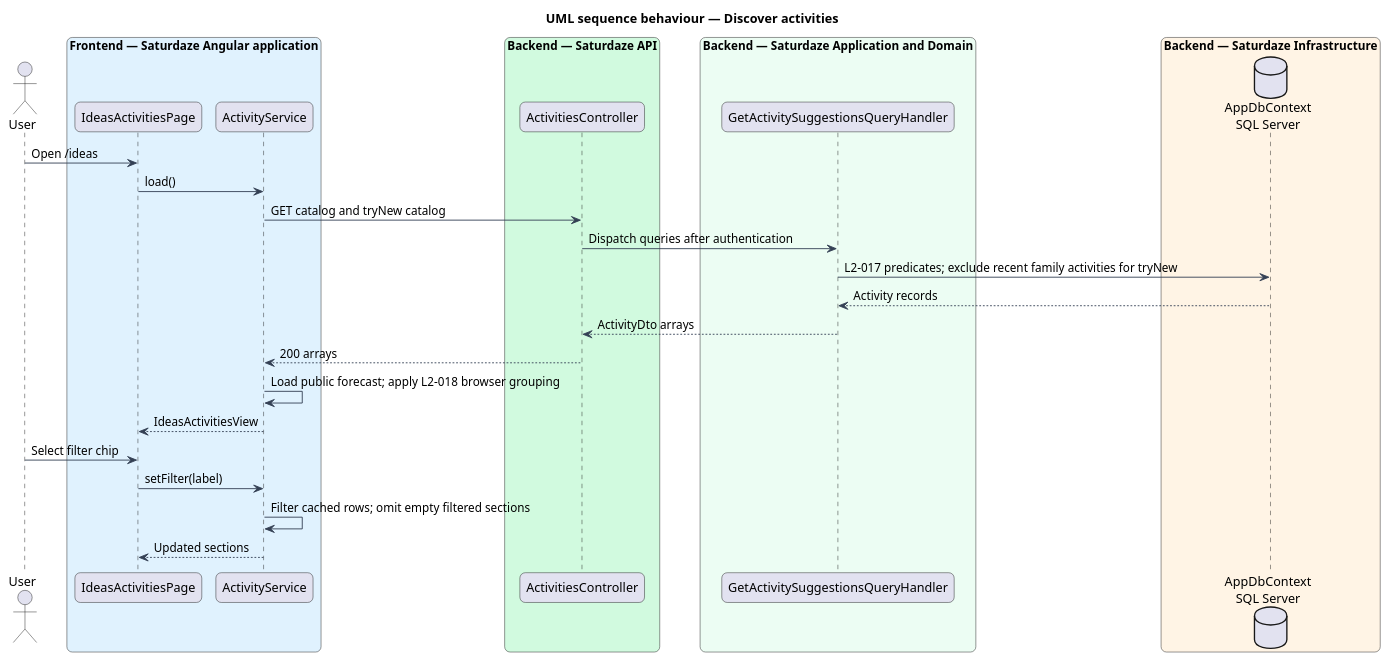
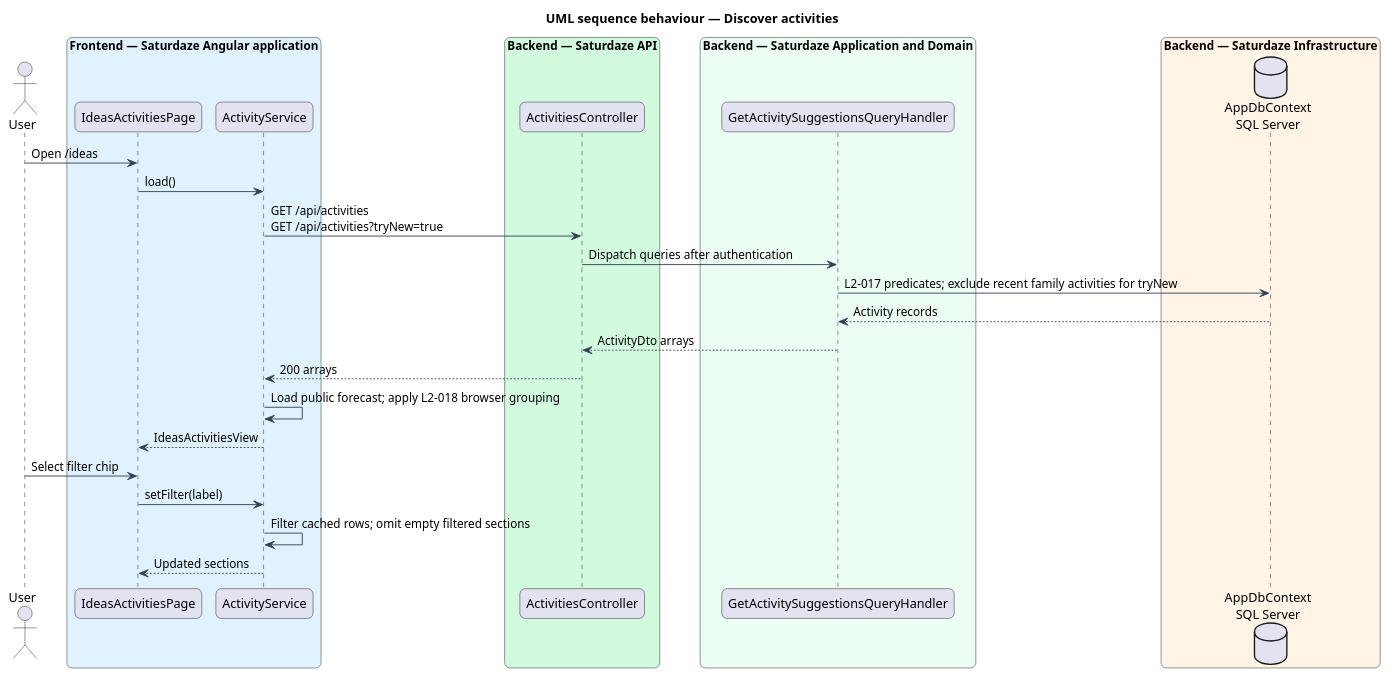
Before and after one commit to QuinntyneBrown/saturdaze: the diagram in docs/detailed-designs/discovery/discover-activities/diagrams/sequence-discover-activities.puml, drawn with PlantUML. The commit also changed 2 other files, not shown here.

Commit message:
Tighten related design diagrams

```diff
--- a/docs/detailed-designs/discovery/discover-activities/diagrams/sequence-discover-activities.puml
+++ b/docs/detailed-designs/discovery/discover-activities/diagrams/sequence-discover-activities.puml
@@ -1,36 +1,36 @@
 @startuml
 title UML sequence behaviour — Discover activities
 skinparam backgroundColor #FFFFFF
 skinparam shadowing false
 skinparam roundcorner 12
 skinparam defaultFontName Arial
 skinparam ArrowColor #344054
 actor "User" as actor
 box "Frontend — Saturdaze Angular application" #E0F2FE
  participant "IdeasActivitiesPage" as page
  participant "ActivityService" as client
 end box
 box "Backend — Saturdaze API" #D1FADF
  participant "ActivitiesController" as controller
 end box
 box "Backend — Saturdaze Application and Domain" #ECFDF3
  participant "GetActivitySuggestionsQueryHandler" as handler
 end box
 box "Backend — Saturdaze Infrastructure" #FFF4E5
  database "AppDbContext\nSQL Server" as db
 end box
 actor -> page : Open /ideas
 page -> client : load()
-client -> controller : GET catalog and tryNew catalog
+client -> controller : GET /api/activities\nGET /api/activities?tryNew=true
 controller -> handler : Dispatch queries after authentication
 handler -> db : L2-017 predicates; exclude recent family activities for tryNew
 db --> handler : Activity records
 handler --> controller : ActivityDto arrays
 controller --> client : 200 arrays
 client -> client : Load public forecast; apply L2-018 browser grouping
 client --> page : IdeasActivitiesView
 actor -> page : Select filter chip
 page -> client : setFilter(label)
 client -> client : Filter cached rows; omit empty filtered sections
 client --> page : Updated sections
 @enduml
```
